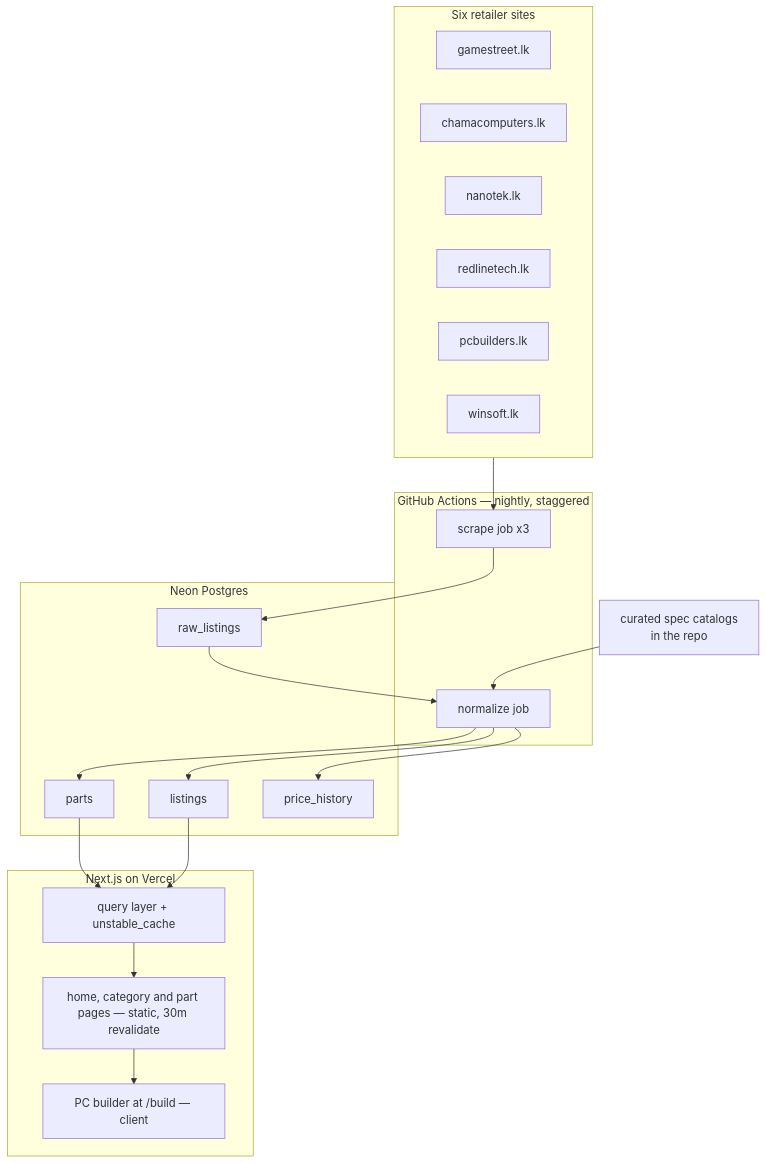
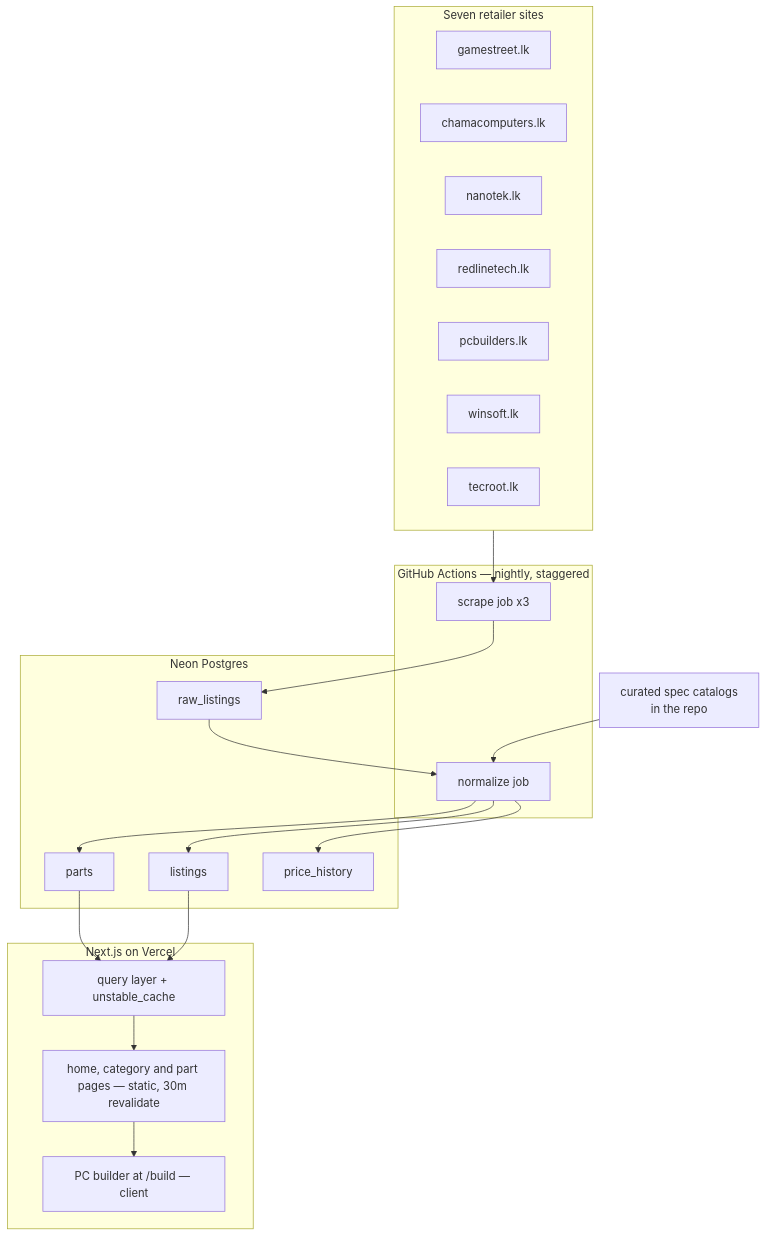
The diagram in docs/architecture.md (ShehanEk/sl-pc-part-picker), drawn with Mermaid before and after one commit. The commit also changed other lines of this file and 15 other files, not shown here.

First line of the commit message:
Add tecroot.lk, sharing a WooCommerce flow with pcbuilders

````diff
--- a/docs/architecture.md
+++ b/docs/architecture.md
@@ -25,41 +25,42 @@
 ```mermaid
 flowchart TB
-  subgraph shops["Six retailer sites"]
+  subgraph shops["Seven retailer sites"]
     S1["gamestreet.lk"]
     S2["chamacomputers.lk"]
     S3["nanotek.lk"]
     S4["redlinetech.lk"]
     S5["pcbuilders.lk"]
     S6["winsoft.lk"]
+    S7["tecroot.lk"]
   end
 
   subgraph ci["GitHub Actions — nightly, staggered"]
     SC["scrape job x3"]
     NO["normalize job"]
   end
 
   subgraph db["Neon Postgres"]
     RAW["raw_listings"]
     P["parts"]
     L["listings"]
     H["price_history"]
   end
 
   subgraph app["Next.js on Vercel"]
     Q["query layer + unstable_cache"]
     PAGE["home, category and part pages — static, 30m revalidate"]
     CFG["PC builder at /build — client"]
   end
 
   CAT["curated spec catalogs<br/>in the repo"]
 
   shops --> SC --> RAW
   RAW --> NO
   NO --> P
   NO --> L
   NO --> H
   CAT --> NO
   P --> Q
   L --> Q
   Q --> PAGE --> CFG
 ```
````
